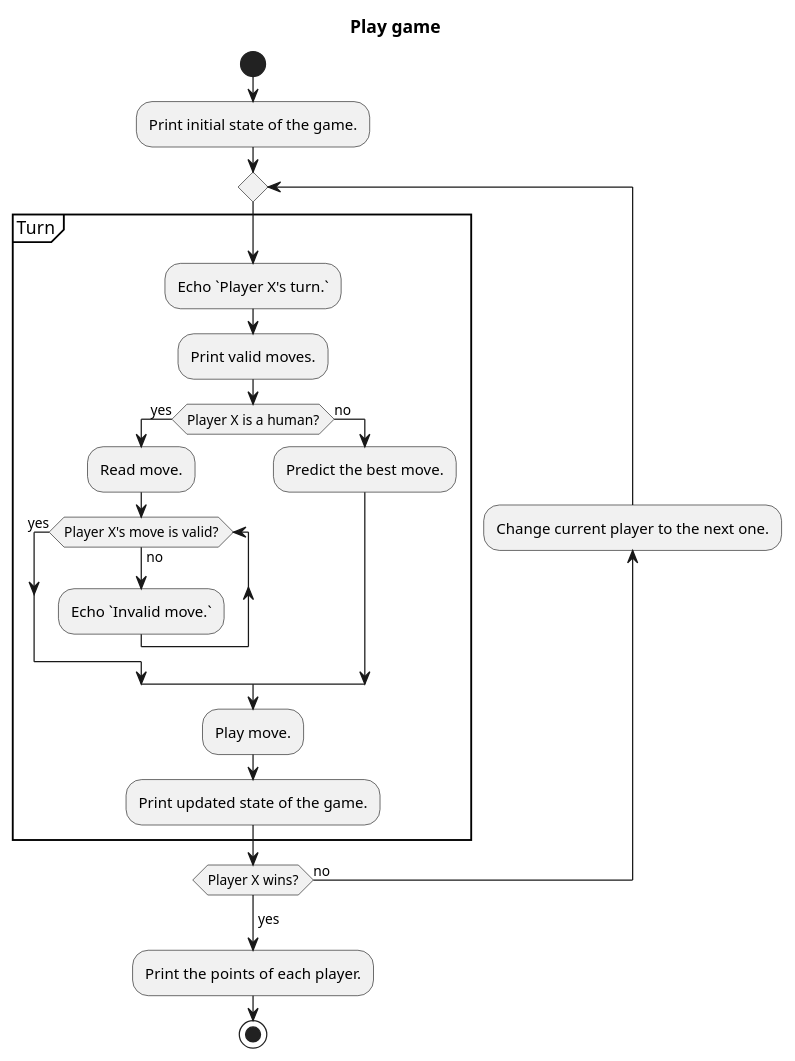
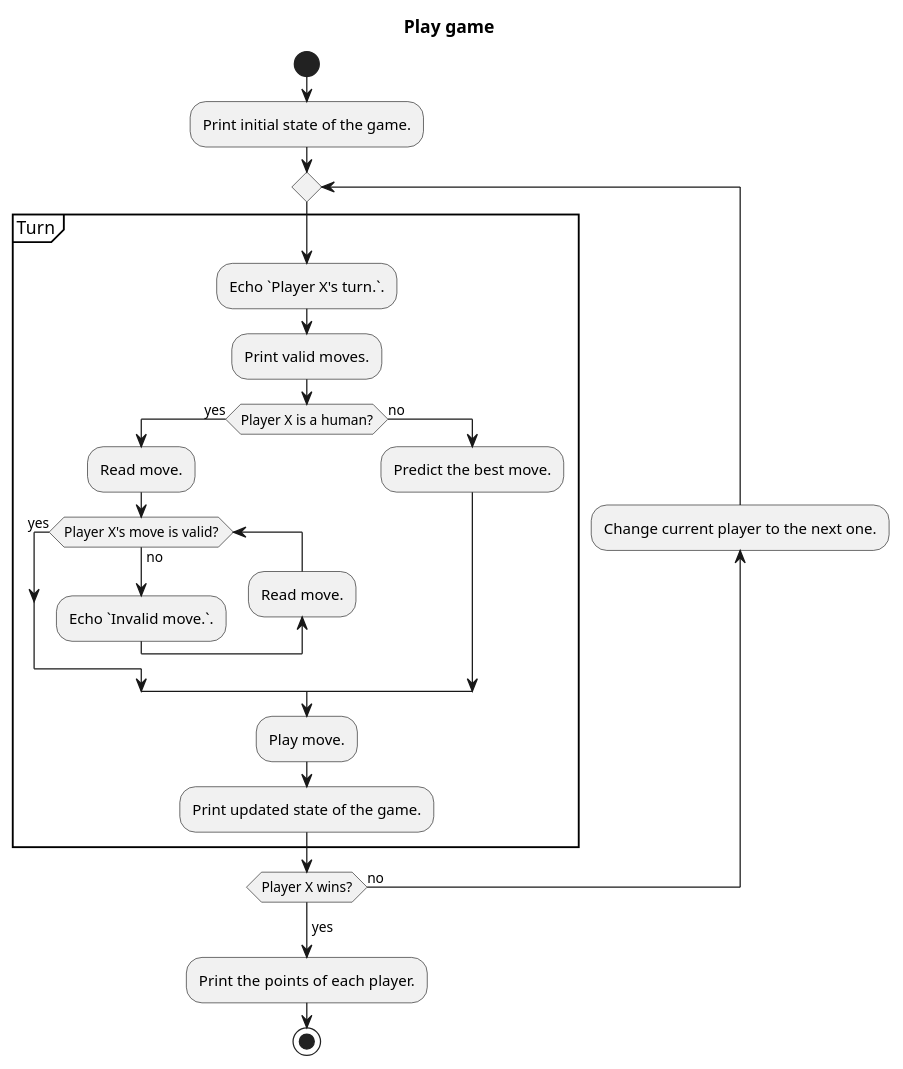
One commit to ufjf-gamelab/apts changed the diagram in docs/activity_diagrams/play.plantuml. Above: the diagram before and after it, drawn with PlantUML. The commit also changed 5 other files, not shown here.

Commit message:
Begin describing engine with a class diagram

```diff
--- a/docs/activity_diagrams/play.plantuml
+++ b/docs/activity_diagrams/play.plantuml
@@ -1,39 +1,39 @@
 @startuml play
 title Play game
 !pragma useVerticalIf on
 skinparam ConditionEndStyle hline
 
 start
 
 :Print initial state of the game.;
 
 repeat
 
   partition Turn {
 
-  :Echo `Player X's turn.`;
+  :Echo `Player X's turn.`.;
   :Print valid moves.;
 
   if(Player X is a human?) then (yes)
     :Read move.;
     while (Player X's move is valid?) is (no)
-      :Echo `Invalid move.`;
+      :Echo `Invalid move.`.;
+      backward:Read move.;
     endwhile (yes)
   else (no)
     :Predict the best move.;
   endif
-
 
   :Play move.;
   :Print updated state of the game.;
 }
 
 backward:Change current player to the next one.;
 repeat while (Player X wins?) is (no)
 -> yes;
 
 :Print the points of each player.;
 
 stop
 
 @enduml
```
